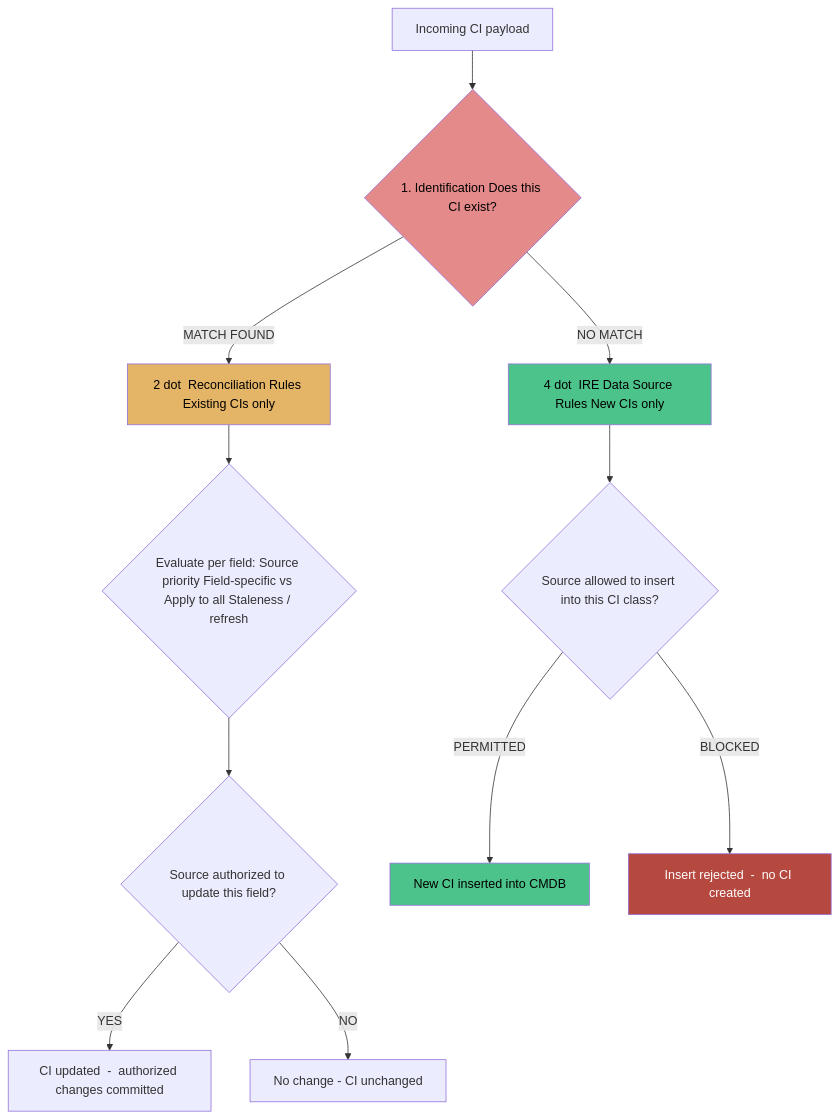
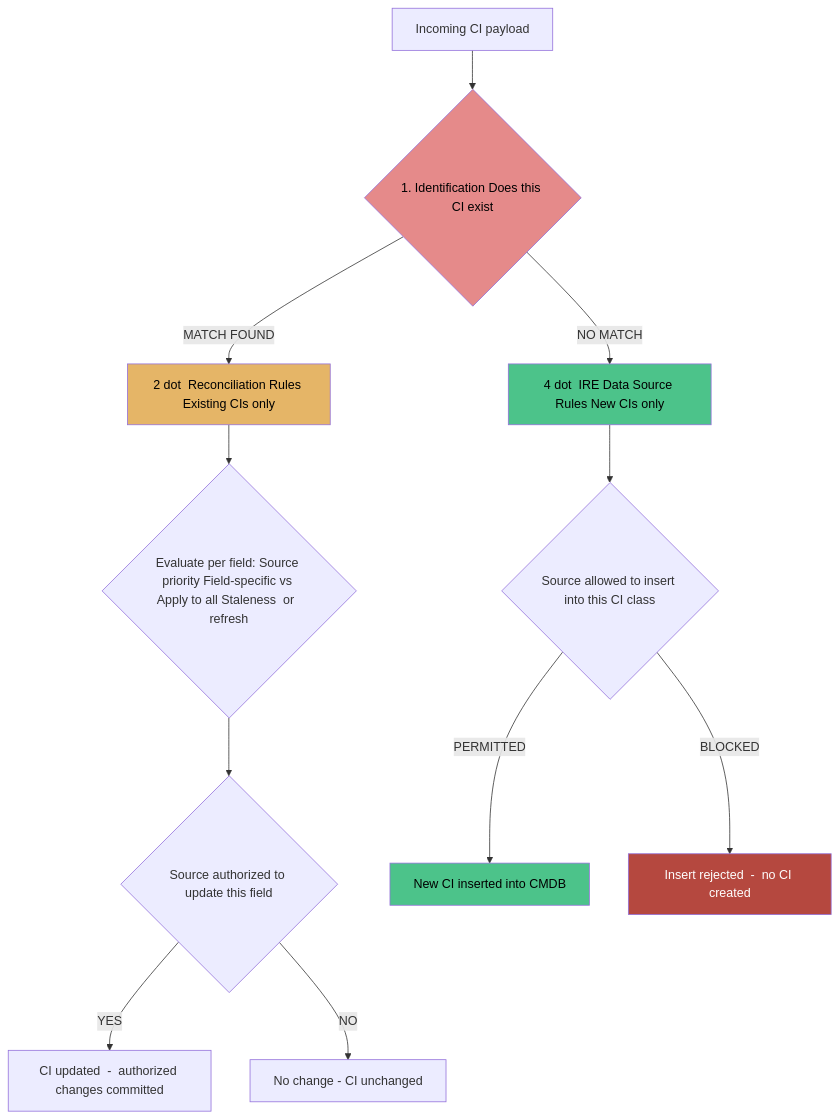
Before and after one commit to eltonaguiar/ServiceNow_Learning_TSOM-_CSM_FSM_SalesCRM_HAM_ITSM: diagram 13 of 22 in docs/modules/cmdb/cmdb-guide.md, drawn with Mermaid. The commit also changed other lines of this file and 19 other files, not shown here.

First line of the commit message:
Fix Mermaid diagram syntax errors - replace problematic chars in text content only

````diff
--- a/docs/modules/cmdb/cmdb-guide.md
+++ b/docs/modules/cmdb/cmdb-guide.md
@@ -1351,19 +1351,19 @@
 ```mermaid
 flowchart TD
-    IN[Incoming CI payload] --> IDR{1. Identification Does this CI exist?}
+    IN[Incoming CI payload] --> IDR{1. Identification Does this CI exist}
     IDR -->|MATCH FOUND| REC[2 dot  Reconciliation Rules Existing CIs only]
     IDR -->|NO MATCH| DS[4 dot  IRE Data Source Rules New CIs only]
-    REC --> RECON_EVAL{Evaluate per field: Source priority Field-specific vs Apply to all Staleness / refresh}
-    RECON_EVAL --> AUTHORIZED{Source authorized to update this field?}
+    REC --> RECON_EVAL{Evaluate per field: Source priority Field-specific vs Apply to all Staleness  or  refresh}
+    RECON_EVAL --> AUTHORIZED{Source authorized to update this field}
     AUTHORIZED -->|YES| UPDATE[CI updated  -  authorized changes committed]
     AUTHORIZED -->|NO| NOCHANGE[No change  -  CI unchanged]
-    DS --> DS_CHECK{Source allowed to insert into this CI class?}
+    DS --> DS_CHECK{Source allowed to insert into this CI class}
     DS_CHECK -->|PERMITTED| NEWCI[New CI inserted into CMDB]
     DS_CHECK -->|BLOCKED| REJECT[Insert rejected  -  no CI created]
     style IDR fill:#e58a8a,color:#000
     style REC fill:#e5b567,color:#000
     style DS fill:#4cc38a,color:#000
     style NEWCI fill:#4cc38a,color:#000
     style REJECT fill:#b5483f,color:#fff
 
 ```
````
